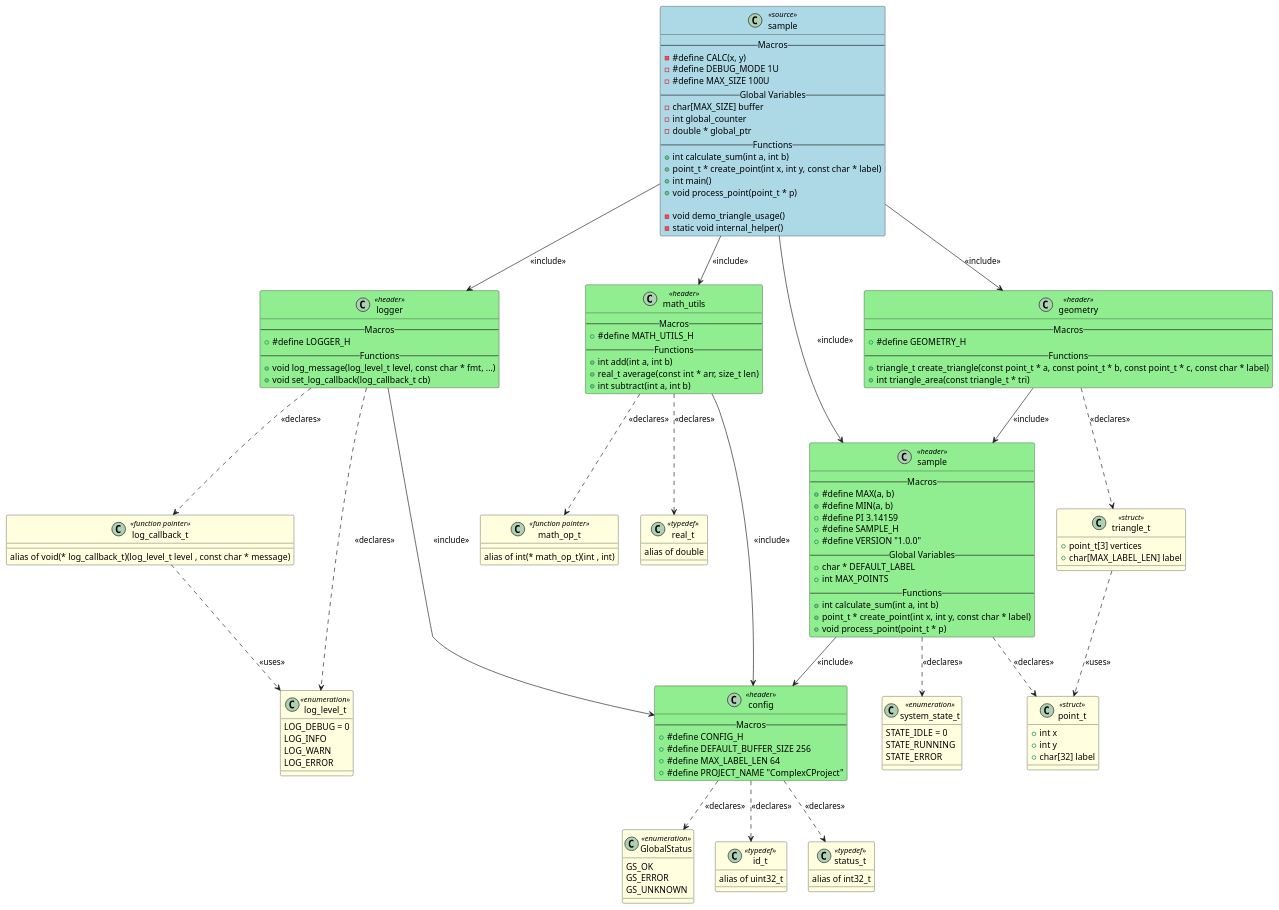
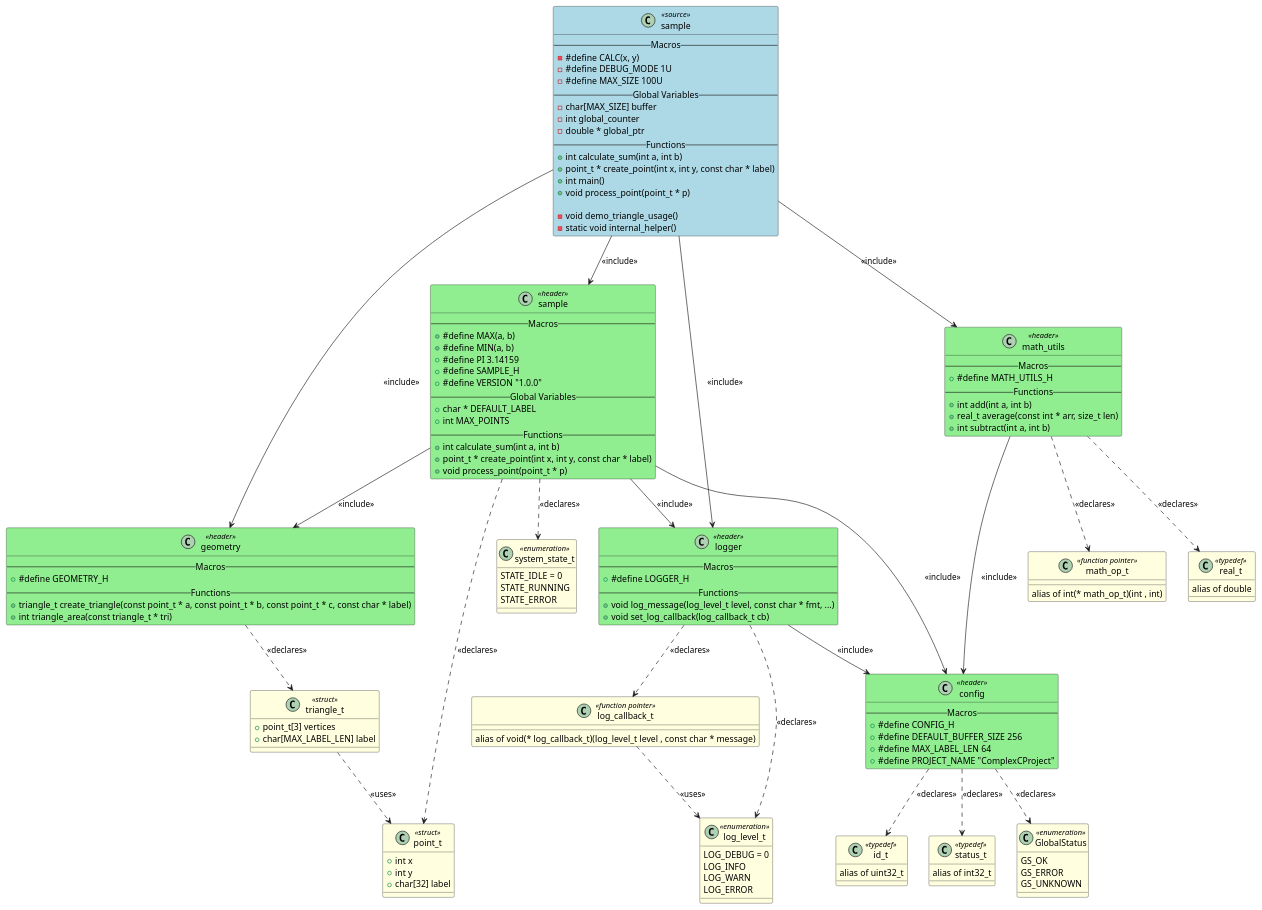
One commit to fischerjooo/c2puml changed the diagram in artifacts/output_example/sample.puml. Above: the diagram before and after it, drawn with PlantUML. The commit also changed 20 other files, not shown here.

Commit message:
Update PlantUML diagrams and include/dependency relationships

```diff
--- a/artifacts/output_example/sample.puml
+++ b/artifacts/output_example/sample.puml
@@ -1,164 +1,165 @@
 @startuml sample
 
 class "sample" as SAMPLE <<source>> #LightBlue
 {
     -- Macros --
     - #define CALC(x, y)
     - #define DEBUG_MODE 1U
     - #define MAX_SIZE 100U
     -- Global Variables --
     - char[MAX_SIZE] buffer
     - int global_counter
     - double * global_ptr
     -- Functions --
     + int calculate_sum(int a, int b)
     + point_t * create_point(int x, int y, const char * label)
     + int main()
     + void process_point(point_t * p)
 
     - void demo_triangle_usage()
     - static void internal_helper()
 }
 
 class "config" as HEADER_CONFIG <<header>> #LightGreen
 {
     -- Macros --
     + #define CONFIG_H
     + #define DEFAULT_BUFFER_SIZE 256
     + #define MAX_LABEL_LEN 64
     + #define PROJECT_NAME "ComplexCProject"
 }
 
 class "geometry" as HEADER_GEOMETRY <<header>> #LightGreen
 {
     -- Macros --
     + #define GEOMETRY_H
     -- Functions --
     + triangle_t create_triangle(const point_t * a, const point_t * b, const point_t * c, const char * label)
     + int triangle_area(const triangle_t * tri)
 }
 
 class "logger" as HEADER_LOGGER <<header>> #LightGreen
 {
     -- Macros --
     + #define LOGGER_H
     -- Functions --
     + void log_message(log_level_t level, const char * fmt, ...)
     + void set_log_callback(log_callback_t cb)
 }
 
 class "math_utils" as HEADER_MATH_UTILS <<header>> #LightGreen
 {
     -- Macros --
     + #define MATH_UTILS_H
     -- Functions --
     + int add(int a, int b)
     + real_t average(const int * arr, size_t len)
     + int subtract(int a, int b)
 }
 
 class "sample" as HEADER_SAMPLE <<header>> #LightGreen
 {
     -- Macros --
     + #define MAX(a, b)
     + #define MIN(a, b)
     + #define PI 3.14159
     + #define SAMPLE_H
     + #define VERSION "1.0.0"
     -- Global Variables --
     + char * DEFAULT_LABEL
     + int MAX_POINTS
     -- Functions --
     + int calculate_sum(int a, int b)
     + point_t * create_point(int x, int y, const char * label)
     + void process_point(point_t * p)
 }
 
 class "GlobalStatus" as TYPEDEF_GLOBALSTATUS <<enumeration>> #LightYellow
 {
     GS_OK
     GS_ERROR
     GS_UNKNOWN
 }
 
 class "id_t" as TYPEDEF_ID_T <<typedef>> #LightYellow
 {
     alias of uint32_t
 }
 
 class "status_t" as TYPEDEF_STATUS_T <<typedef>> #LightYellow
 {
     alias of int32_t
 }
 
 class "triangle_t" as TYPEDEF_TRIANGLE_T <<struct>> #LightYellow
 {
     + point_t[3] vertices
     + char[MAX_LABEL_LEN] label
 }
 
 class "log_level_t" as TYPEDEF_LOG_LEVEL_T <<enumeration>> #LightYellow
 {
     LOG_DEBUG = 0
     LOG_INFO
     LOG_WARN
     LOG_ERROR
 }
 
 class "log_callback_t" as TYPEDEF_LOG_CALLBACK_T <<function pointer>> #LightYellow
 {
     alias of void(* log_callback_t)(log_level_t level , const char * message)
 }
 
 class "math_op_t" as TYPEDEF_MATH_OP_T <<function pointer>> #LightYellow
 {
     alias of int(* math_op_t)(int , int)
 }
 
 class "real_t" as TYPEDEF_REAL_T <<typedef>> #LightYellow
 {
     alias of double
 }
 
 class "point_t" as TYPEDEF_POINT_T <<struct>> #LightYellow
 {
     + int x
     + int y
     + char[32] label
 }
 
 class "system_state_t" as TYPEDEF_SYSTEM_STATE_T <<enumeration>> #LightYellow
 {
     STATE_IDLE = 0
     STATE_RUNNING
     STATE_ERROR
 }
 
 
 ' Include relationships
-HEADER_GEOMETRY --> HEADER_SAMPLE : <<include>>
 HEADER_LOGGER --> HEADER_CONFIG : <<include>>
 HEADER_MATH_UTILS --> HEADER_CONFIG : <<include>>
 SAMPLE --> HEADER_GEOMETRY : <<include>>
 SAMPLE --> HEADER_LOGGER : <<include>>
 SAMPLE --> HEADER_MATH_UTILS : <<include>>
 SAMPLE --> HEADER_SAMPLE : <<include>>
 HEADER_SAMPLE --> HEADER_CONFIG : <<include>>
+HEADER_SAMPLE --> HEADER_GEOMETRY : <<include>>
+HEADER_SAMPLE --> HEADER_LOGGER : <<include>>
 
 ' Declaration relationships
 HEADER_CONFIG ..> TYPEDEF_GLOBALSTATUS : <<declares>>
 HEADER_CONFIG ..> TYPEDEF_ID_T : <<declares>>
 HEADER_CONFIG ..> TYPEDEF_STATUS_T : <<declares>>
 HEADER_GEOMETRY ..> TYPEDEF_TRIANGLE_T : <<declares>>
 HEADER_LOGGER ..> TYPEDEF_LOG_LEVEL_T : <<declares>>
 HEADER_LOGGER ..> TYPEDEF_LOG_CALLBACK_T : <<declares>>
 HEADER_MATH_UTILS ..> TYPEDEF_MATH_OP_T : <<declares>>
 HEADER_MATH_UTILS ..> TYPEDEF_REAL_T : <<declares>>
 HEADER_SAMPLE ..> TYPEDEF_POINT_T : <<declares>>
 HEADER_SAMPLE ..> TYPEDEF_SYSTEM_STATE_T : <<declares>>
 
 ' Uses relationships
 TYPEDEF_TRIANGLE_T ..> TYPEDEF_POINT_T : <<uses>>
 TYPEDEF_LOG_CALLBACK_T ..> TYPEDEF_LOG_LEVEL_T : <<uses>>
 
 @enduml
```
